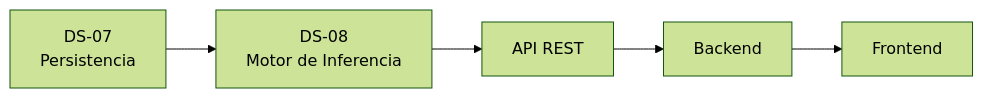
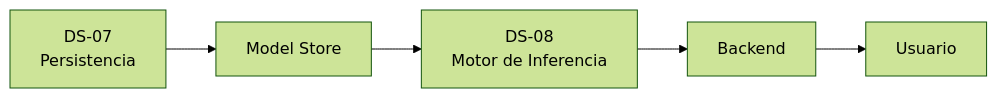
Before and after one commit to No-Country-simulation/g9-latam-team16-techmind: diagram 17 of 17 in docs/SPRINTS/data-science/DS-07-Persistencia-del-Modelo.md, drawn with Mermaid (forest theme). The commit also changed other lines of this file and 11 other files, not shown here.

````diff
--- a/docs/SPRINTS/data-science/DS-07-Persistencia-del-Modelo.md
+++ b/docs/SPRINTS/data-science/DS-07-Persistencia-del-Modelo.md
@@ -2033,18 +2196,21 @@
 ```mermaid
 flowchart LR
 
-    DS07["DS-07<br/>Persistencia"]
+Persistencia["DS-07<br/>Persistencia"]
 
-    DS08["DS-08<br/>Motor de Inferencia"]
+ModelStore["Model Store"]
 
-    API["API REST"]
+Inference["DS-08<br/>Motor de Inferencia"]
 
-    Backend["Backend"]
+Backend["Backend"]
 
-    Frontend["Frontend"]
+Usuario["Usuario"]
 
-    DS07 --> DS08
-    DS08 --> API
-    API --> Backend
-    Backend --> Frontend
+Persistencia --> ModelStore
+
+ModelStore --> Inference
+
+Inference --> Backend
+
+Backend --> Usuario
 ```
````
